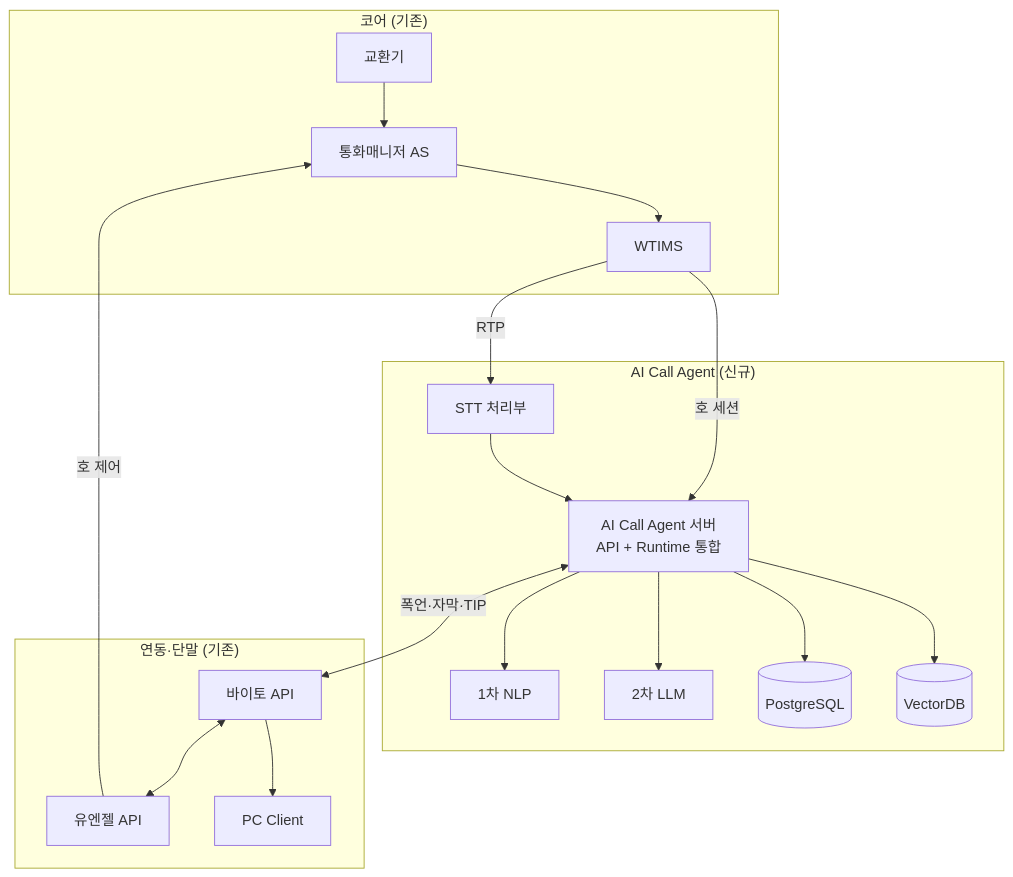
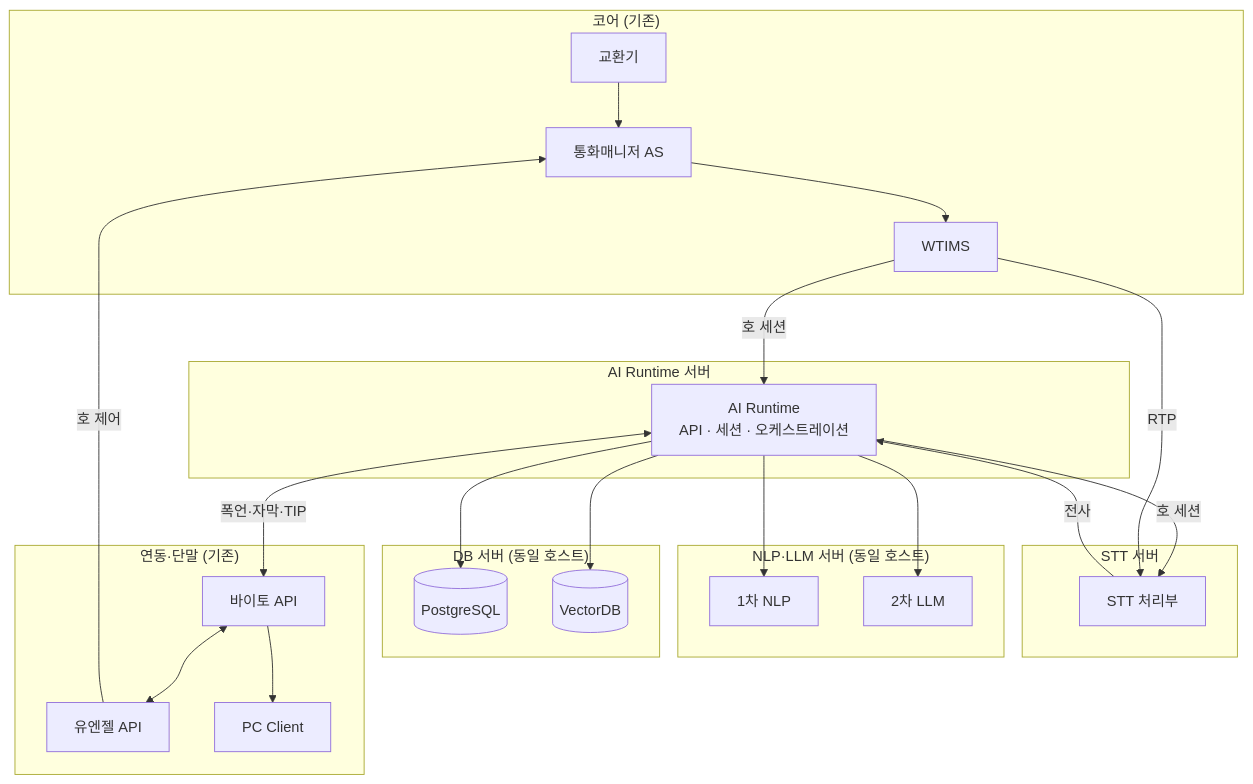
Before and after one commit to hak023/agentic_ai_callbot: the second of 2 diagrams in docs/architecture/minimal-stt-profanity-architecture.md, drawn with Mermaid. The commit also changed other lines of this file, not shown here.

````diff
--- a/docs/architecture/minimal-stt-profanity-architecture.md
+++ b/docs/architecture/minimal-stt-profanity-architecture.md
@@ -97,34 +104,44 @@
 ```mermaid
 flowchart TB
     subgraph CORE["코어 (기존)"]
         EX[교환기] --> CM[통화매니저 AS]
         CM --> WT[WTIMS]
     end
 
-    subgraph AI["AI Call Agent (신규)"]
-        AIR[AI Call Agent 서버<br/>API + Runtime 통합]
+    subgraph SRV_RT["AI Runtime 서버"]
+        RT[AI Runtime<br/>API · 세션 · 오케스트레이션]
+    end
+
+    subgraph SRV_STT["STT 서버"]
         STT[STT 처리부]
+    end
+
+    subgraph SRV_ML["NLP·LLM 서버 (동일 호스트)"]
         NLP[1차 NLP]
         LLM[2차 LLM]
+    end
+
+    subgraph SRV_DB["DB 서버 (동일 호스트)"]
         DB[(PostgreSQL)]
         VDB[(VectorDB)]
     end
 
     subgraph EXT["연동·단말 (기존)"]
         B[바이토 API]
         U[유엔젤 API]
         PC[PC Client]
     end
 
+    WT -->|호 세션| RT
+    RT -->|호 세션| STT
     WT -->|RTP| STT
-    WT -->|호 세션| AIR
-    STT --> AIR
-    AIR --> NLP
-    AIR --> LLM
-    AIR --> DB
-    AIR --> VDB
-    AIR <-->|폭언·자막·TIP| B
+    STT -->|전사| RT
+    RT --> NLP
+    RT --> LLM
+    RT --> DB
+    RT --> VDB
+    RT <-->|폭언·자막·TIP| B
     B <--> U
     U -->|호 제어| CM
     B --> PC
 ```
````
